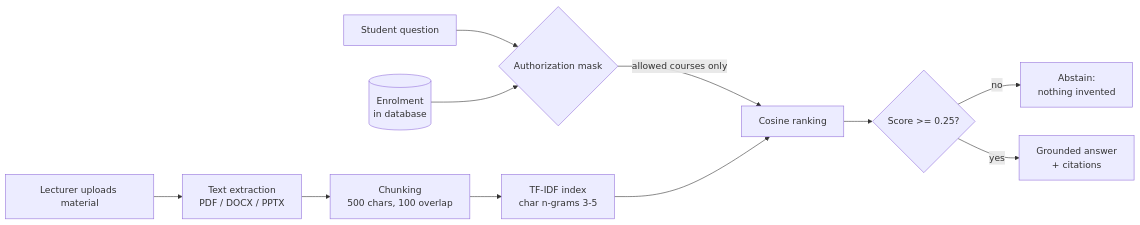
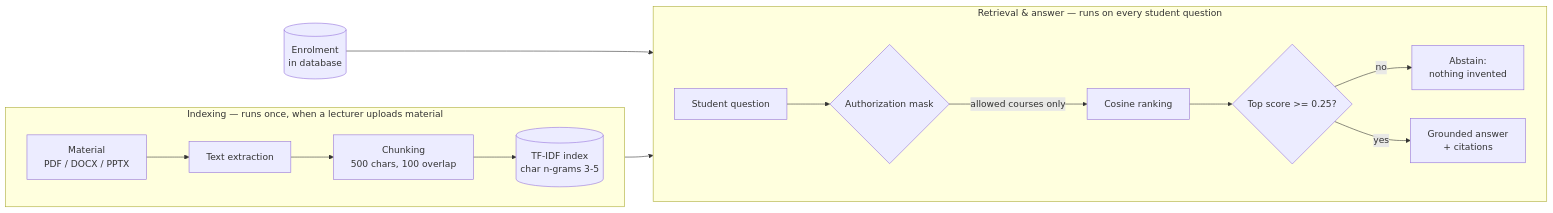
One commit to bahaaed07706/EduSmartAI changed the first of 3 diagrams in README.md. Above: the diagram before and after it, drawn with Mermaid. The commit also changed other lines of this file and 8 other files, not shown here.

First line of the commit message:
docs: add reproducibility evidence package and product diagrams

````diff
--- a/README.md
+++ b/README.md
@@ -98,13 +98,21 @@
 ```mermaid
 flowchart LR
-    A[Lecturer uploads material] --> B[Text extraction<br/>PDF / DOCX / PPTX]
-    B --> C[Chunking<br/>500 chars, 100 overlap]
-    C --> D[TF-IDF index<br/>char n-grams 3-5]
-    E[Student question] --> F{Authorization mask}
+    subgraph index [Indexing &mdash; runs once, when a lecturer uploads material]
+        direction LR
+        A[Material<br/>PDF / DOCX / PPTX] --> B[Text extraction]
+        B --> C[Chunking<br/>500 chars, 100 overlap]
+        C --> D[(TF-IDF index<br/>char n-grams 3-5)]
+    end
+
+    subgraph query [Retrieval &amp; answer &mdash; runs on every student question]
+        direction LR
+        E[Student question] --> F{Authorization mask}
+        F -->|allowed courses only| H[Cosine ranking]
+        H --> I{Top score >= 0.25?}
+        I -->|no| J[Abstain:<br/>nothing invented]
+        I -->|yes| K[Grounded answer<br/>+ citations]
+    end
+
     G[(Enrolment<br/>in database)] --> F
-    F -->|allowed courses only| H[Cosine ranking]
     D --> H
-    H --> I{Score >= 0.25?}
-    I -->|no| J[Abstain:<br/>nothing invented]
-    I -->|yes| K[Grounded answer<br/>+ citations]
 ```
````
